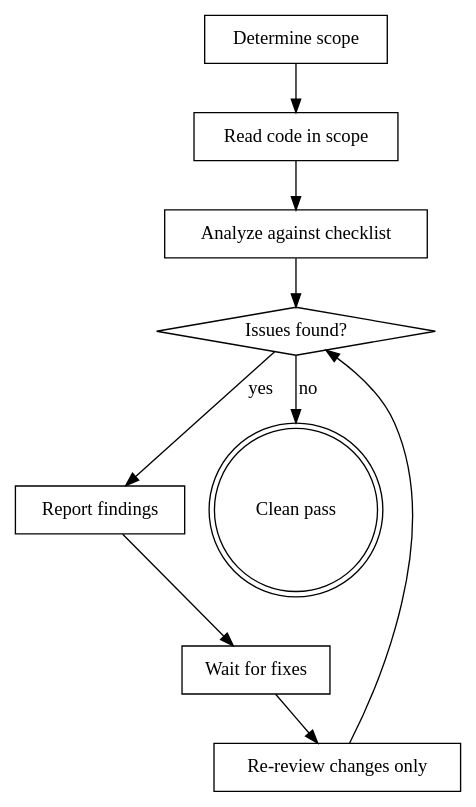
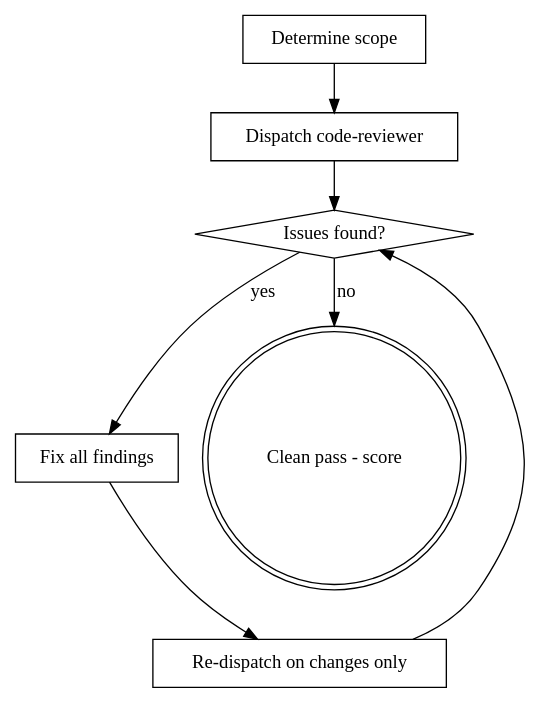
One commit to NecturaLabs/AgentSkills changed the second of 2 diagrams in skills/iterative-code-review/SKILL.md. Above: the diagram before and after it, drawn with Graphviz. The commit also changed other lines of this file and 4 other files, not shown here.

First line of the commit message:
Rewrite code review and security audit skills with full research

````diff
--- a/skills/iterative-code-review/SKILL.md
+++ b/skills/iterative-code-review/SKILL.md
@@ -42,21 +48,17 @@
 ```dot
 digraph review {
     "Determine scope" [shape=box];
-    "Read code in scope" [shape=box];
-    "Analyze against checklist" [shape=box];
+    "Dispatch code-reviewer" [shape=box];
     "Issues found?" [shape=diamond];
-    "Report findings" [shape=box];
-    "Wait for fixes" [shape=box];
-    "Re-review changes only" [shape=box];
-    "Clean pass" [shape=doublecircle];
+    "Fix all findings" [shape=box];
+    "Re-dispatch on changes only" [shape=box];
+    "Clean pass - score" [shape=doublecircle];
 
-    "Determine scope" -> "Read code in scope";
-    "Read code in scope" -> "Analyze against checklist";
-    "Analyze against checklist" -> "Issues found?";
-    "Issues found?" -> "Report findings" [label="yes"];
-    "Issues found?" -> "Clean pass" [label="no"];
-    "Report findings" -> "Wait for fixes";
-    "Wait for fixes" -> "Re-review changes only";
-    "Re-review changes only" -> "Issues found?";
+    "Determine scope" -> "Dispatch code-reviewer";
+    "Dispatch code-reviewer" -> "Issues found?";
+    "Issues found?" -> "Fix all findings" [label="yes"];
+    "Issues found?" -> "Clean pass - score" [label="no"];
+    "Fix all findings" -> "Re-dispatch on changes only";
+    "Re-dispatch on changes only" -> "Issues found?";
 }
 ```
````
